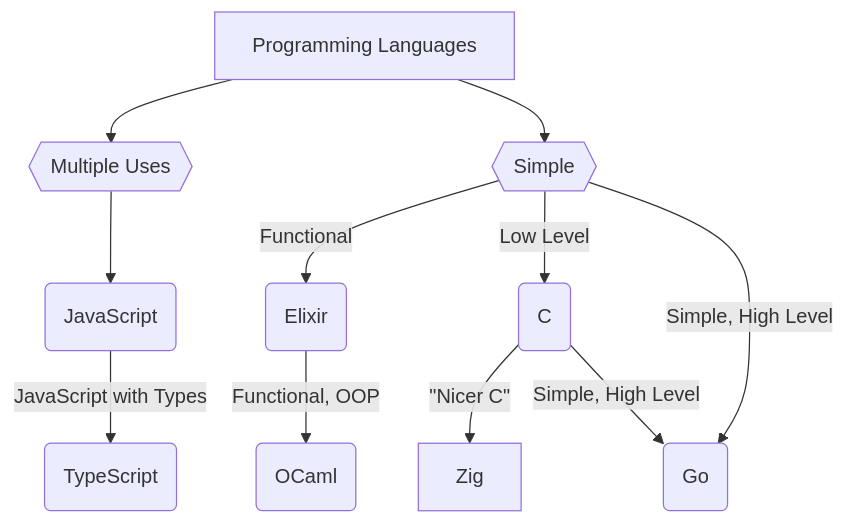
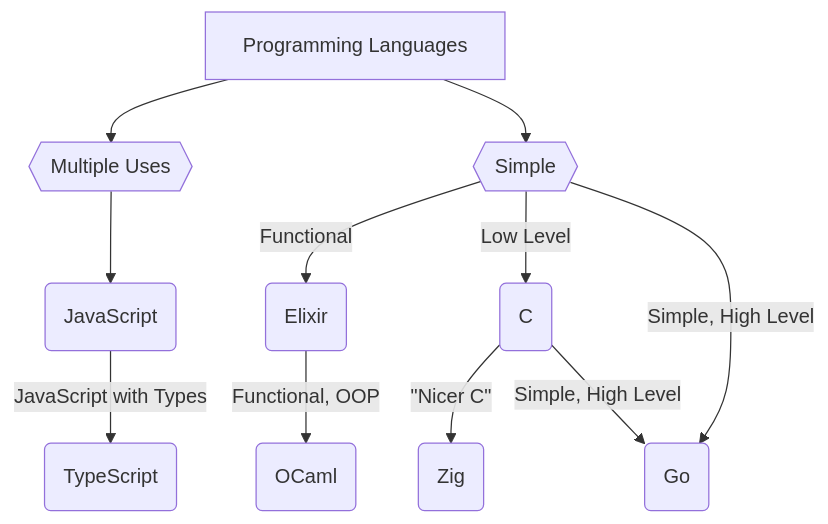
One commit to ahmed-el-awad/languages-im-interested-in changed the diagram in README.md. Above: the diagram before and after it, drawn with Mermaid.

Commit message:
rounded corners for Zig

````diff
--- a/README.md
+++ b/README.md
@@ -13,19 +13,19 @@
 ```mermaid
 graph
 	PLs[Programming Languages]
 
 	PLs --> Mu{{Multiple Uses}}
 	Mu --> JS(JavaScript)
 	JS -->|JavaScript with Types| TS(TypeScript)
 
 	PLs --> Simple{{Simple}}
 
     Simple --> |Functional| Elixir(Elixir)
 	Elixir --> |Functional, OOP| OCaml(OCaml)
 	
 	Simple --> |Low Level| C(C)
 	Simple --> |Simple, High Level| Go(Go)
 
-	C -->|#quot;Nicer C#quot;| Zig
+	C -->|#quot;Nicer C#quot;| Zig(Zig)
 	C -->|Simple, High Level| Go
 ```
````
